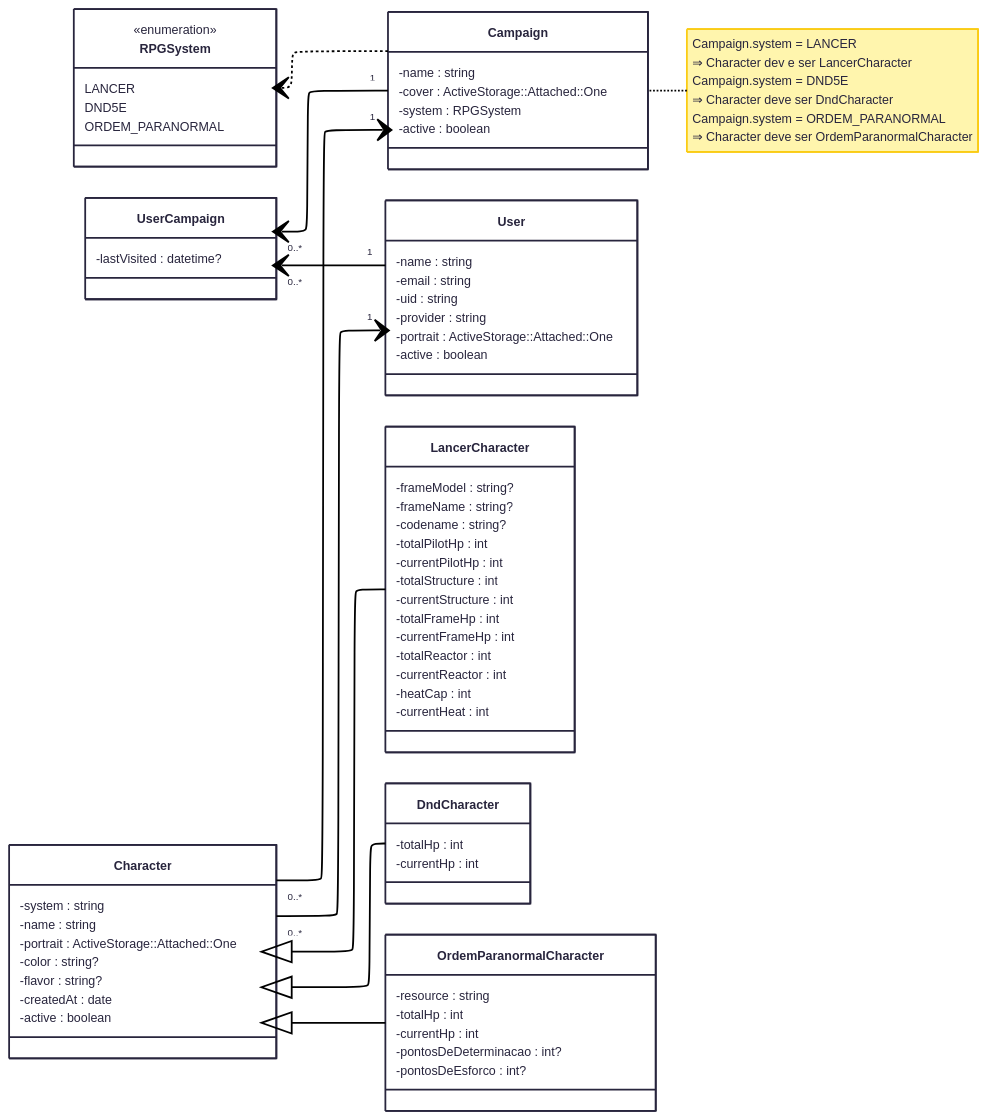
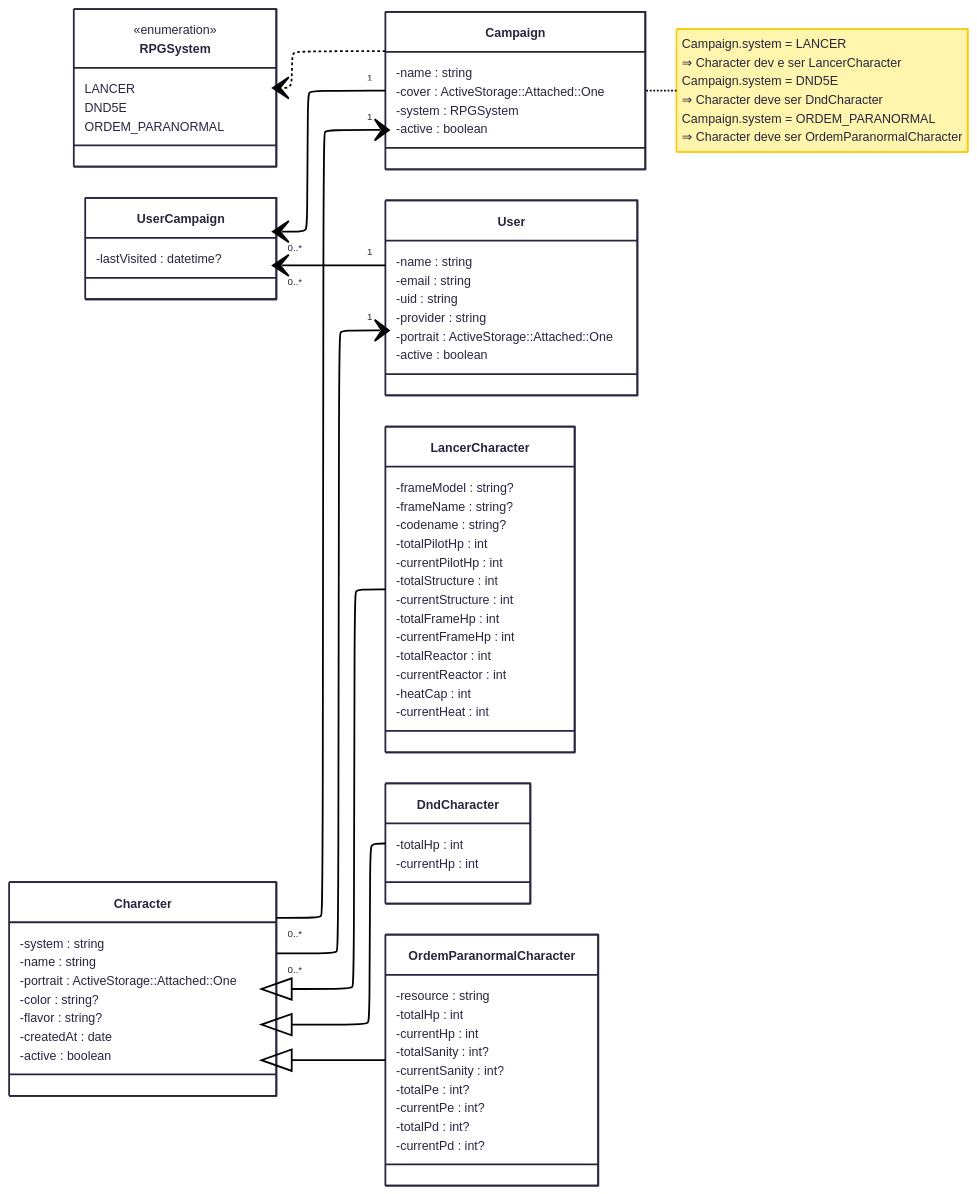
The diagram in UML.md (SasaDeAraki/icosaedro-magico-dashboard-api), drawn with Mermaid before and after one commit. The commit also changed 6 other files, not shown here.

```diff
--- a/UML.md
+++ b/UML.md
@@ -79,8 +79,12 @@
         -resource : string
 	    -totalHp : int
 	    -currentHp : int
-	    -pontosDeDeterminacao : int?
-	    -pontosDeEsforco : int?
+        -totalSanity : int?
+        -currentSanity : int?
+	    -totalPe : int?
+	    -currentPe : int?
+	    -totalPd : int?
+	    -currentPd : int?
     }
 
     Campaign ..> RPGSystem
```
